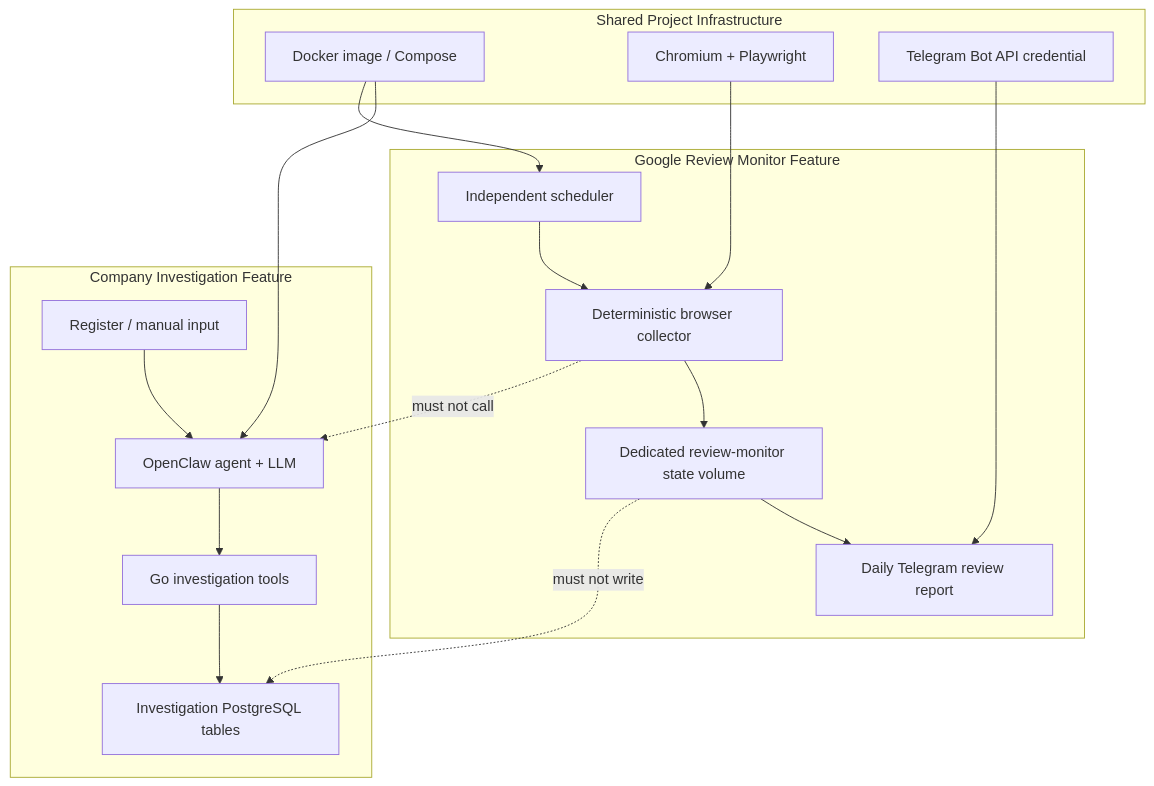
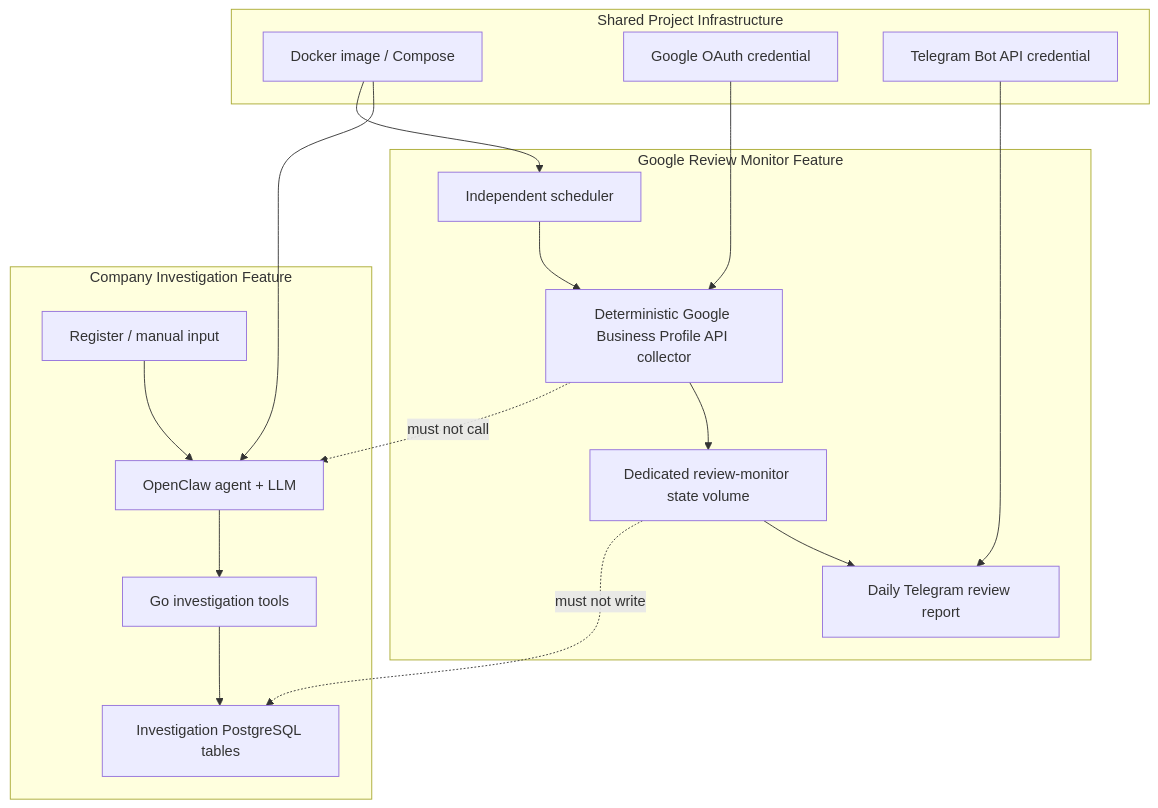
Before and after one commit to nunutech40/company-detector-bot: the first of 10 diagrams in docs/technical/FLOW_MAP.md, drawn with Mermaid. The commit also changed other lines of this file and 22 other files, not shown here.

Commit message:
Prepare Google Business Profile review monitor

````diff
--- a/docs/technical/FLOW_MAP.md
+++ b/docs/technical/FLOW_MAP.md
@@ -90,32 +90,32 @@
 ```mermaid
 flowchart TB
   subgraph shared["Shared Project Infrastructure"]
     Docker["Docker image / Compose"]
-    Browser["Chromium + Playwright"]
+    OAuth["Google OAuth credential"]
     Telegram["Telegram Bot API credential"]
   end
 
   subgraph investigation["Company Investigation Feature"]
     Intake["Register / manual input"]
     Agent["OpenClaw agent + LLM"]
     Tools["Go investigation tools"]
     InvestigationDB["Investigation PostgreSQL tables"]
   end
 
   subgraph reviews["Google Review Monitor Feature"]
     ReviewScheduler["Independent scheduler"]
-    Collector["Deterministic browser collector"]
+    Collector["Deterministic Google Business Profile API collector"]
     ReviewState["Dedicated review-monitor state volume"]
     ReviewReport["Daily Telegram review report"]
   end
 
   Docker --> Agent
   Docker --> ReviewScheduler
-  Browser --> Collector
+  OAuth --> Collector
   Telegram --> ReviewReport
   Intake --> Agent --> Tools --> InvestigationDB
   ReviewScheduler --> Collector --> ReviewState --> ReviewReport
 
   Collector -. "must not call" .-> Agent
   ReviewState -. "must not write" .-> InvestigationDB
 ```
````
